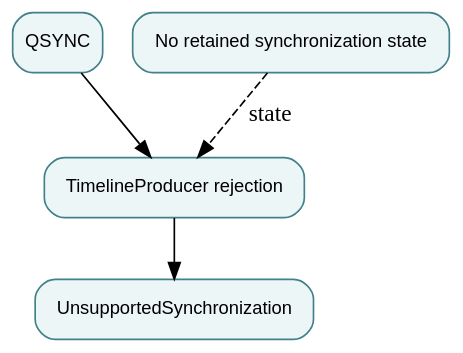
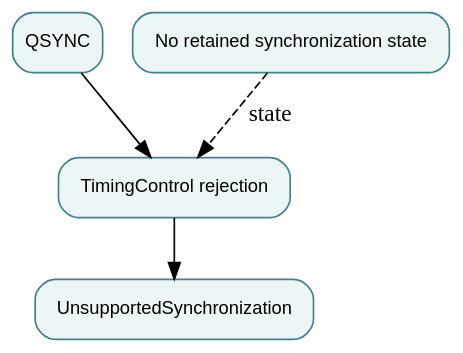
The diagram in docs/modules/future-synchronization-adapter.md (qsbit-org/qsbit-sim), drawn with Graphviz before and after one commit. The commit also changed other lines of this file and 71 other files, not shown here.

````diff
--- a/docs/modules/future-synchronization-adapter.md
+++ b/docs/modules/future-synchronization-adapter.md
@@ -14,11 +14,11 @@
 ```{graphviz}
 digraph module {
   rankdir=TB; bgcolor="transparent";
   node [shape=box, style="rounded,filled", fillcolor="#edf6f7", color="#43818a", fontname="sans-serif", fontsize=11];
   input [label="QSYNC"];
-  owner [label="TimelineProducer rejection"];
+  owner [label="TimingControl rejection"];
   state [label="No retained synchronization state"];
   output [label="UnsupportedSynchronization"];
   input -> owner; owner -> output; state -> owner [style=dashed, label="state"];
 }
 ```
````
